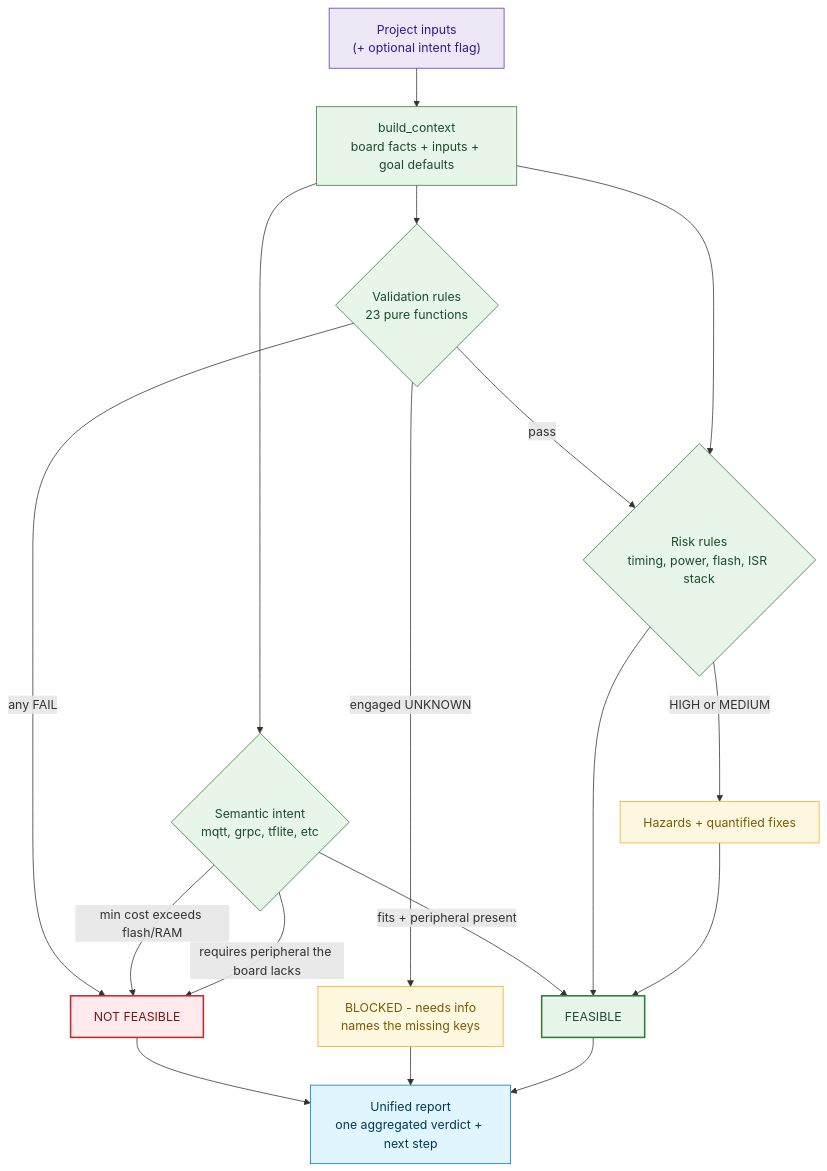
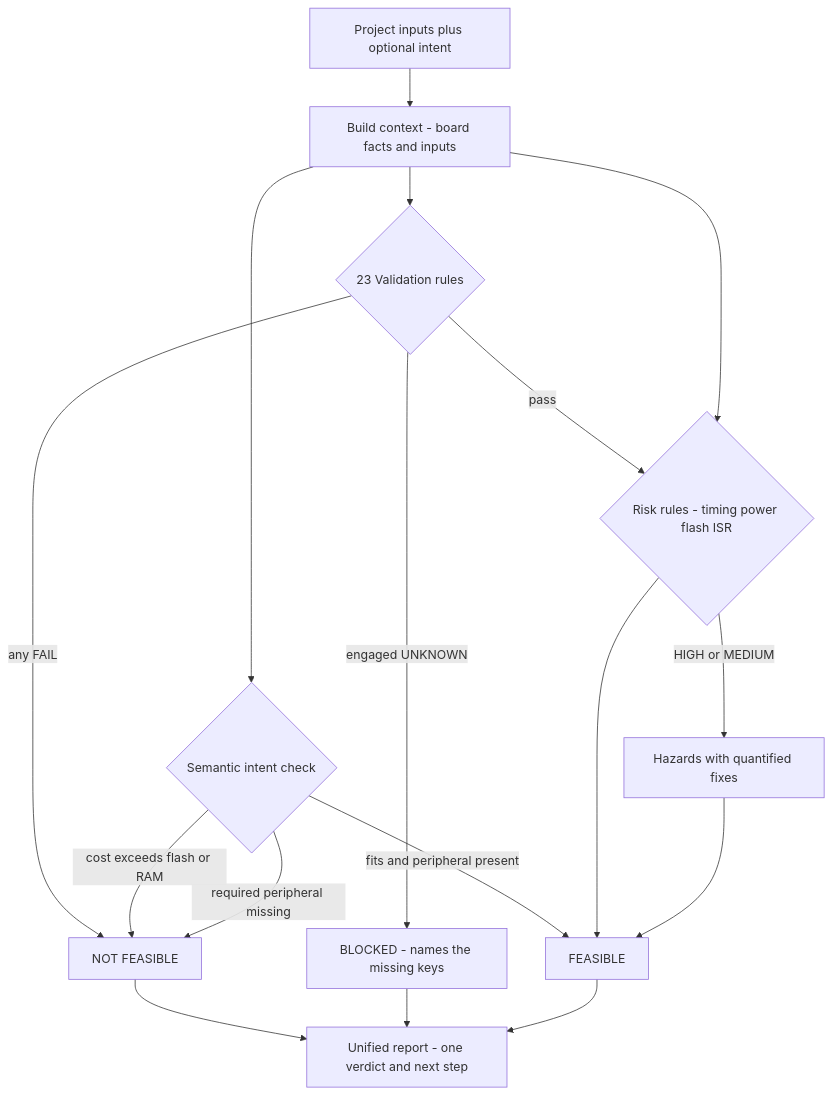
One commit to Ashut90/eaedk changed the third of 3 diagrams in README.md. Above: the diagram before and after it, drawn with Mermaid. The commit also changed other lines of this file, not shown here.

First line of the commit message:
fix(readme): fix mermaid diagrams for GitHub rendering

````diff
--- a/README.md
+++ b/README.md
@@ -338,30 +327,24 @@
 ```mermaid
 flowchart TD
-    IN["Project inputs\n(+ optional intent flag)"]:::in --> CTX["build_context\nboard facts + inputs + goal defaults"]:::core
+    IN[Project inputs plus optional intent] --> CTX[Build context - board facts and inputs]
 
-    CTX --> VAL{"Validation rules\n23 pure functions"}:::core
-    VAL -->|any FAIL| FAIL["NOT FEASIBLE"]:::fail
-    VAL -->|engaged UNKNOWN| BLK["BLOCKED - needs info\nnames the missing keys"]:::warn
+    CTX --> VAL{23 Validation rules}
+    VAL -->|any FAIL| FAIL[NOT FEASIBLE]
+    VAL -->|engaged UNKNOWN| BLK[BLOCKED - names the missing keys]
     VAL -->|pass| RISK
 
-    CTX --> RISK{"Risk rules\ntiming, power, flash, ISR stack"}:::core
-    RISK -->|HIGH or MEDIUM| WARN["Hazards + quantified fixes"]:::warn
+    CTX --> RISK{Risk rules - timing power flash ISR}
+    RISK -->|HIGH or MEDIUM| WARN[Hazards with quantified fixes]
 
-    CTX --> SEM{"Semantic intent\nmqtt, grpc, tflite, etc"}:::core
-    SEM -->|min cost exceeds flash/RAM| FAIL
-    SEM -->|requires peripheral the board lacks| FAIL
-    SEM -->|fits + peripheral present| OK
-    RISK --> OK["FEASIBLE"]:::ok
+    CTX --> SEM{Semantic intent check}
+    SEM -->|cost exceeds flash or RAM| FAIL
+    SEM -->|required peripheral missing| FAIL
+    SEM -->|fits and peripheral present| OK
+
+    RISK --> OK[FEASIBLE]
     WARN --> OK
 
-    FAIL --> REP["Unified report\none aggregated verdict + next step"]:::rep
+    FAIL --> REP[Unified report - one verdict and next step]
     BLK --> REP
     OK --> REP
-
-    classDef in fill:#ede7f6,stroke:#5e35b1,color:#311b92;
-    classDef core fill:#e8f5e9,stroke:#2e7d32,color:#1b4d2e;
-    classDef ok fill:#e8f5e9,stroke:#2e7d32,stroke-width:2px,color:#1b4d2e;
-    classDef warn fill:#fff8e1,stroke:#f9a825,color:#7a5b00;
-    classDef fail fill:#ffebee,stroke:#c62828,stroke-width:2px,color:#7a1414;
-    classDef rep fill:#e1f5fe,stroke:#0277bd,color:#013a52;
 ```
````
